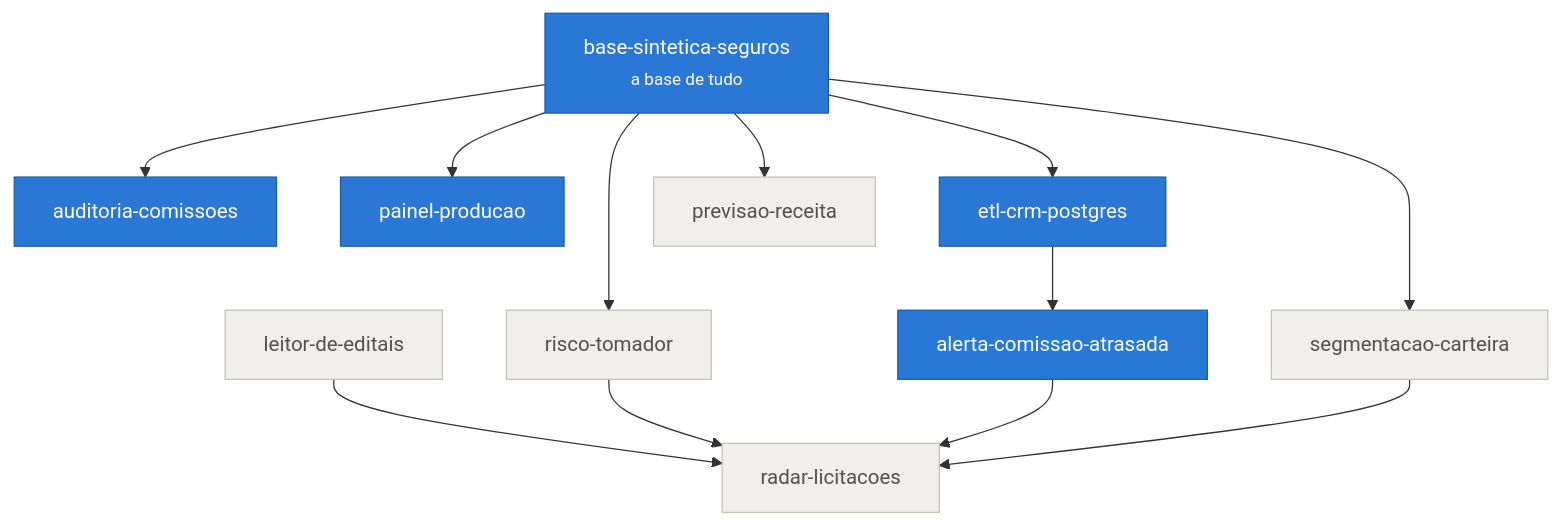
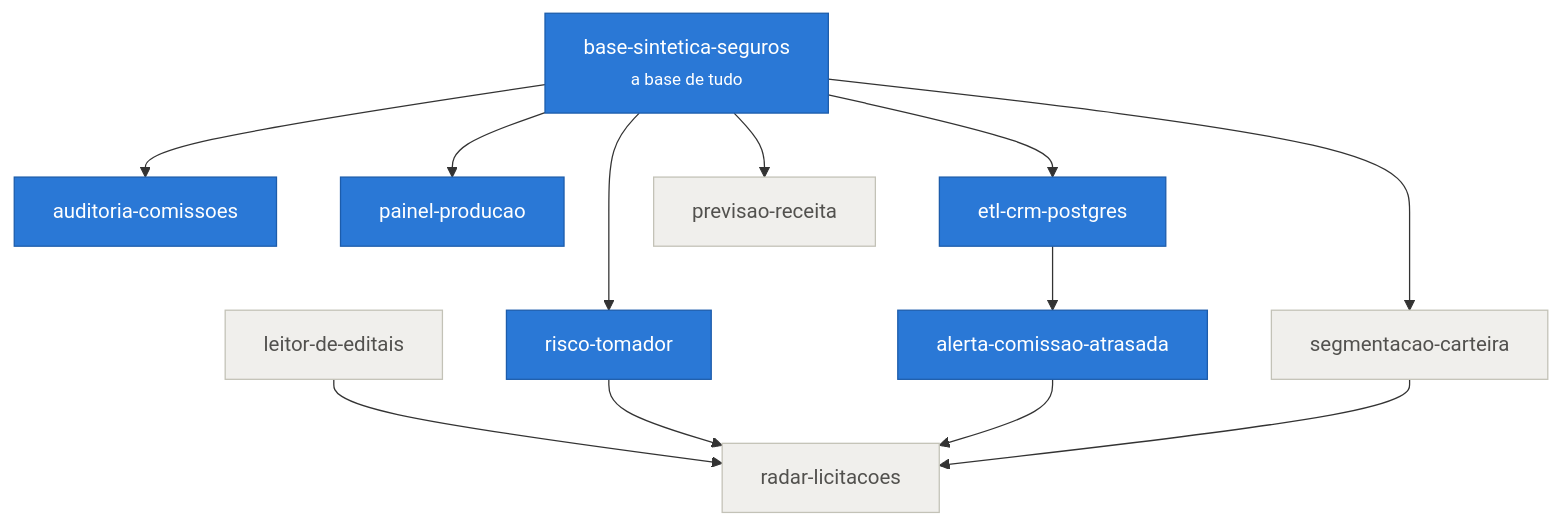
Before and after one commit to Lucasnevesads/Lucasnevesads: the diagram in README.md, drawn with Mermaid. The commit also changed other lines of this file, not shown here.

First line of the commit message:
Marca risco-tomador como pronto

````diff
--- a/README.md
+++ b/README.md
@@ -32,20 +32,20 @@
 ```mermaid
 flowchart TD
     A["base-sintetica-seguros<br/><small>a base de tudo</small>"]:::pronto
 
     A --> B["auditoria-comissoes"]:::pronto
     A --> C["painel-producao"]:::pronto
     A --> D["etl-crm-postgres"]:::pronto
-    A --> F["risco-tomador"]:::fila
+    A --> F["risco-tomador"]:::pronto
     A --> G["previsao-receita"]:::fila
     A --> H["segmentacao-carteira"]:::fila
 
     D --> E["alerta-comissao-atrasada"]:::pronto
     I["leitor-de-editais"]:::fila --> J["radar-licitacoes"]:::fila
     F --> J
     E --> J
     H --> J
 
     classDef pronto fill:#2a78d6,stroke:#1c5cab,color:#fff,stroke-width:1px
     classDef fila fill:#f0efec,stroke:#c3c2b7,color:#52514e,stroke-width:1px
 ```
````
